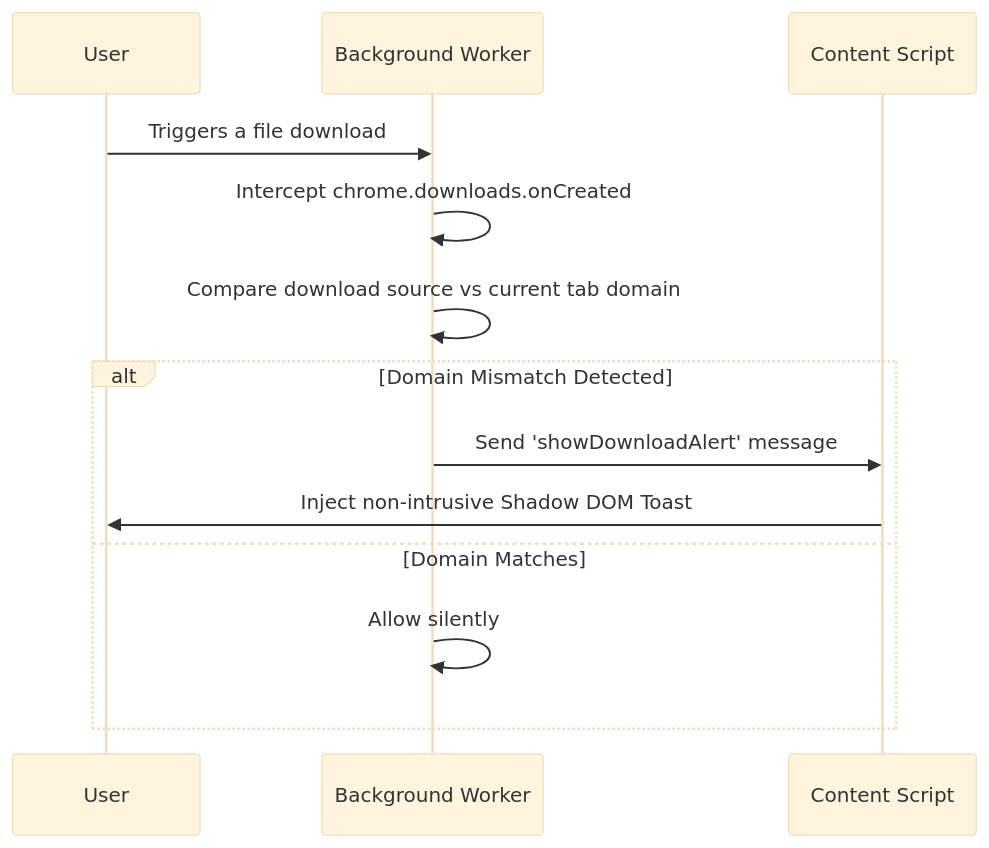
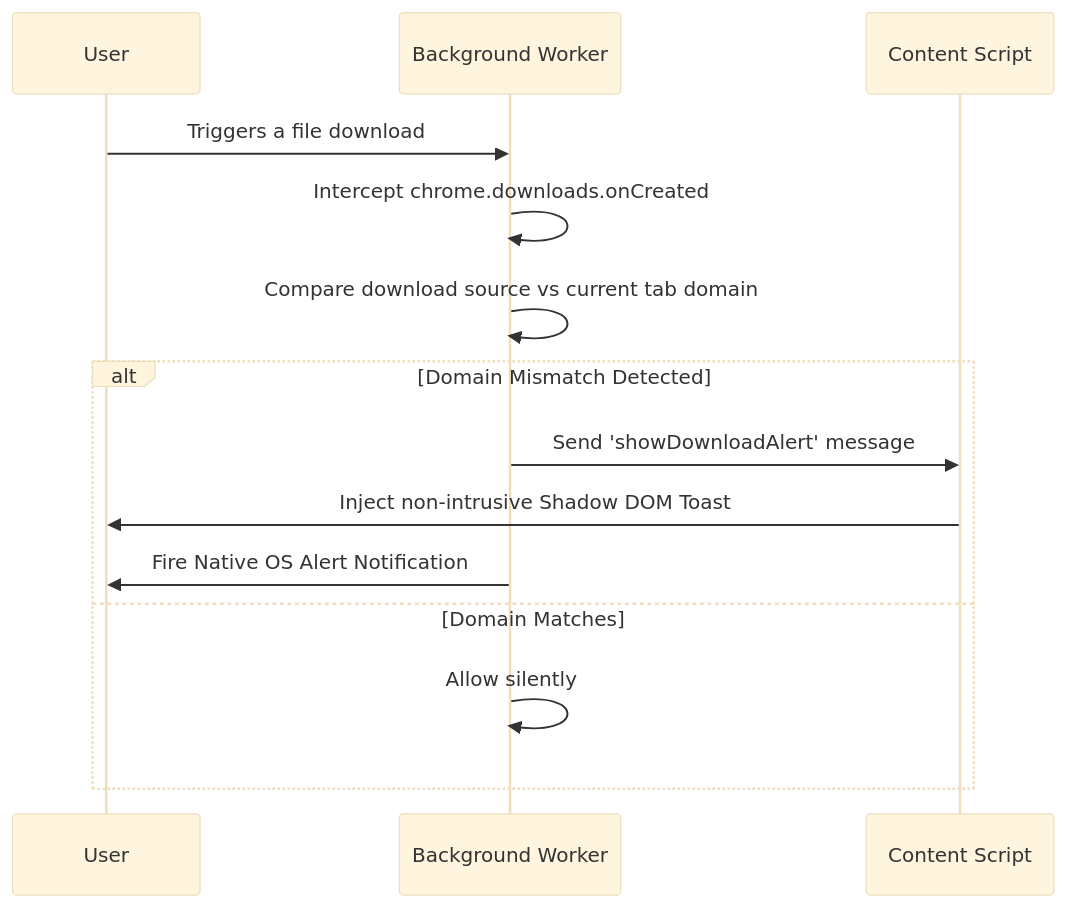
Before and after one commit to abhayshaw1601/AURA: the fourth of 4 diagrams in README.md, drawn with Mermaid (base theme). The commit also changed other lines of this file, not shown here.

````diff
--- a/README.md
+++ b/README.md
@@ -117,16 +123,17 @@
 ```mermaid
 sequenceDiagram
     participant User
     participant Ext as Background Worker
     participant Content as Content Script
     
     User->>Ext: Triggers a file download
     Ext->>Ext: Intercept chrome.downloads.onCreated
     Ext->>Ext: Compare download source vs current tab domain
     alt Domain Mismatch Detected
         Ext->>Content: Send 'showDownloadAlert' message
         Content->>User: Inject non-intrusive Shadow DOM Toast
+        Ext->>User: Fire Native OS Alert Notification
     else Domain Matches
         Ext->>Ext: Allow silently
     end
 ```
````
